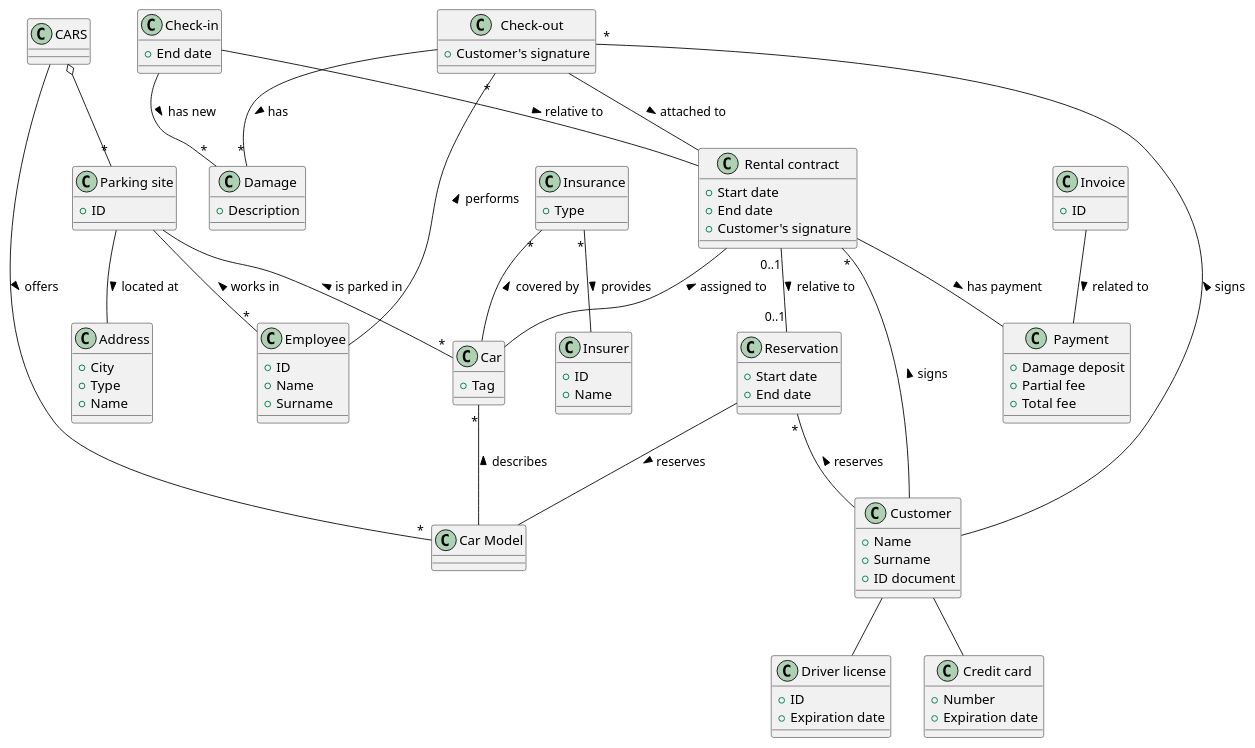
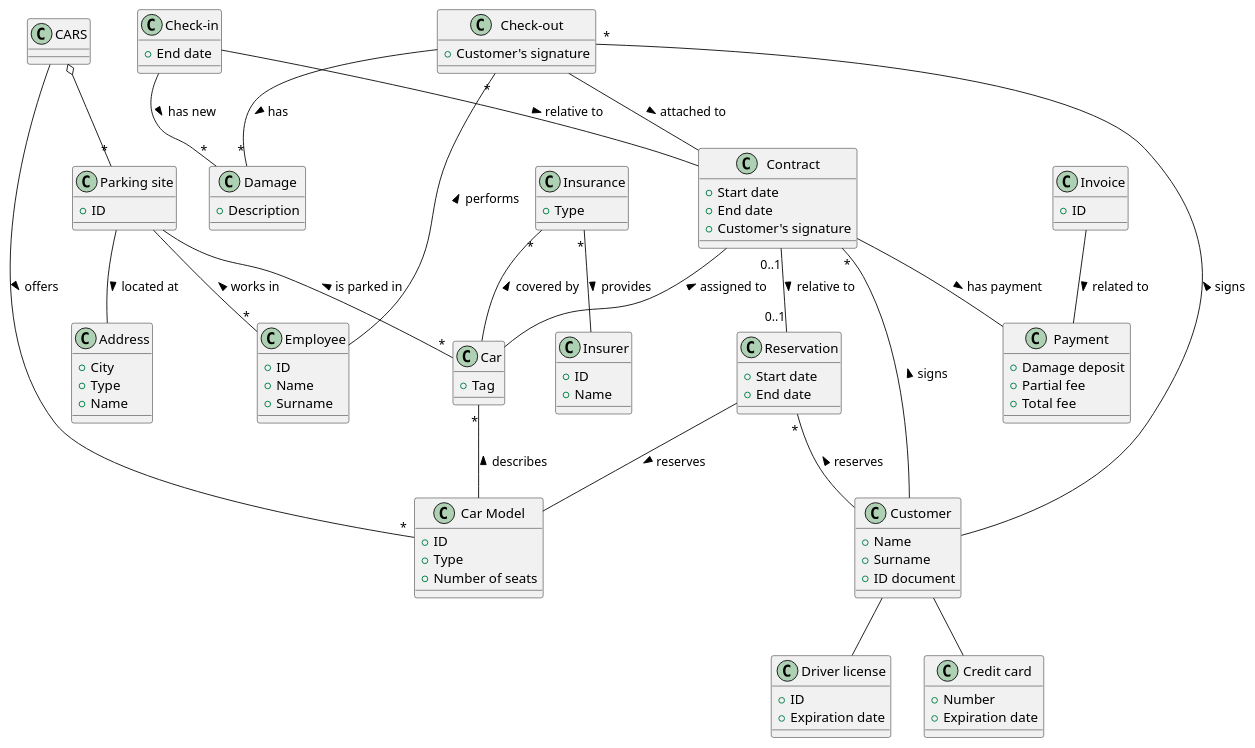
One commit to franco-ruggeri/polito-information-systems changed the diagram in car_rental/models/data.pu. Above: the diagram before and after it, drawn with PlantUML.

Commit message:
Update data model
- Add attributes to car model.
- Modify some names for constistency with processes.

```diff
--- a/car_rental/models/data.pu
+++ b/car_rental/models/data.pu
@@ -1,90 +1,93 @@
 @startuml
 
 ' CARS company
 class CARS
 class "Parking site" as ParkingSite
 class Address
 class Employee
 class Car
 class "Car Model" as CarModel
 CARS o-- "*" ParkingSite
 CARS -- "*" CarModel : offers >
 ParkingSite -- "*" Car : is parked in <
 ParkingSite -- "*" Employee : works in <
 ParkingSite -- Address : located at >
 Car "*" -- CarModel : describes <
 Car : +Tag
+CarModel : +ID
+CarModel : +Type
+CarModel : +Number of seats
 ParkingSite : +ID
 Address : +City
 Address : +Type
 Address : +Name
 Employee : +ID
 Employee : +Name
 Employee : +Surname
 
 ' Insurances
 class Insurer
 class Insurance
 Insurance "*" -- Insurer : provides >
 Insurance "*" -- Car : covered by <
 Insurer : +ID
 Insurer : +Name
 Insurance : +Type
 
 ' Customer
 class Customer
 class "Driver license" as DriverLicense
 class "Credit card" as CreditCard
 Customer -- DriverLicense
 Customer -- CreditCard
 Customer : +Name
 Customer : +Surname
 Customer : +ID document
 DriverLicense : +ID
 DriverLicense : +Expiration date
 
 ' Reservation
 class Reservation
 Reservation "*" -- Customer : reserves <
 Reservation -- CarModel : reserves >
 Reservation : +Start date
 Reservation : +End date
 
 ' Check-out - Part 1
-class "Rental contract" as RentalContract
+class Contract
 class Payment
-RentalContract "*" -- Customer : signs <
-RentalContract "0..1" -- "0..1" Reservation : relative to >
-RentalContract -- Payment : has payment >
-RentalContract -- Car : assigned to <
-RentalContract : +Start date
-RentalContract : +End date
-RentalContract : +Customer's signature
+Contract "*" -- Customer : signs <
+Contract "0..1" -- "0..1" Reservation : relative to >
+Contract -- Payment : has payment >
+Contract -- Car : assigned to <
+Contract : +Start date
+Contract : +End date
+Contract : +Customer's signature
 CreditCard : +Number
 CreditCard : +Expiration date
 Payment : +Damage deposit
 Payment : +Partial fee
 Payment : +Total fee
 
 ' Check-out - Part 2
 class "Check-out" as Checkout
 class Damage
-Checkout -- RentalContract : attached to >
+Checkout -- Contract : attached to >
 Checkout -- "*" Damage : has >
 Checkout "*" -- Customer : signs <
 Checkout "*" -- Employee : performs <
 Checkout : +Customer's signature
 Damage : +Description
 
 ' Check-in
 class "Check-in" as Checkin
-Checkin -- RentalContract : relative to >
+Checkin -- Contract : relative to >
 Checkin -- "*" Damage : has new >
 Checkin : +End date
 
 ' Invoice
 class Invoice
 Invoice -- Payment : related to >
 Invoice : +ID
 
 @enduml
```
